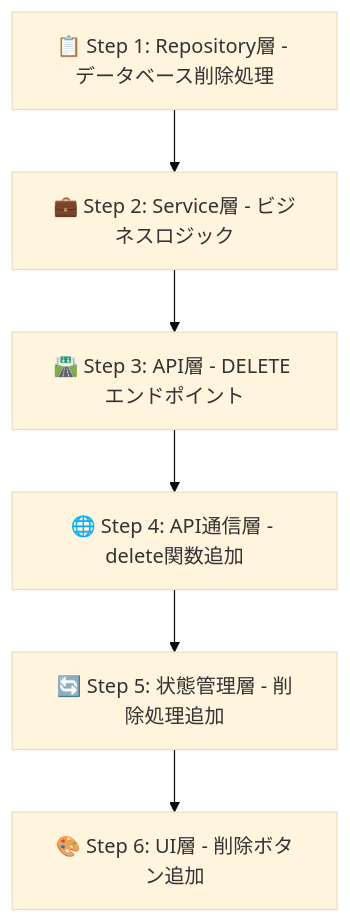
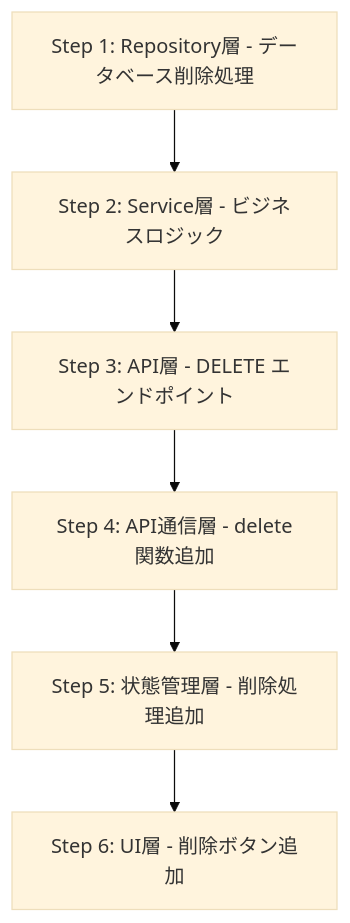
Diagram 25 of 29 in lecture-materials.md (KITA-DS12/web-app-simple), drawn with Mermaid (base theme) before and after one commit. The commit also changed other lines of this file, not shown here.

````diff
--- a/lecture-materials.md
+++ b/lecture-materials.md
@@ -1572,8 +1572,8 @@
 ```mermaid
 graph TD
-    A["📋 Step 1: Repository層 - データベース削除処理"] --> B["💼 Step 2: Service層 - ビジネスロジック"]
-    B --> C["🛣️ Step 3: API層 - DELETE エンドポイント"]
-    C --> D["🌐 Step 4: API通信層 - delete関数追加"]
-    D --> E["🔄 Step 5: 状態管理層 - 削除処理追加"]
-    E --> F["🎨 Step 6: UI層 - 削除ボタン追加"]
+    A["Step 1: Repository層 - データベース削除処理"] --> B["Step 2: Service層 - ビジネスロジック"]
+    B --> C["Step 3: API層 - DELETE エンドポイント"]
+    C --> D["Step 4: API通信層 - delete関数追加"]
+    D --> E["Step 5: 状態管理層 - 削除処理追加"]
+    E --> F["Step 6: UI層 - 削除ボタン追加"]
 ```
````
